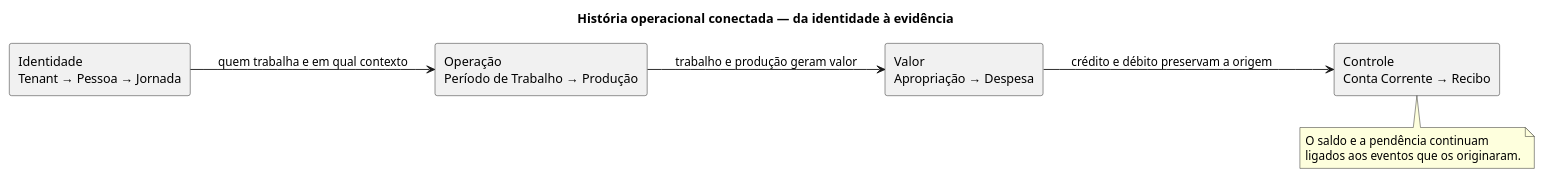
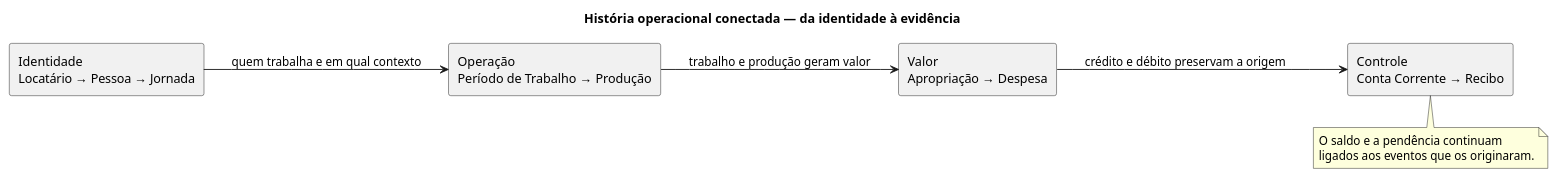
One commit to RodrigoMattosoSilveira/EnterpriseRemoteSystems changed the diagram in docs/uml/demo/03-cadeia-operacional.puml. Above: the diagram before and after it, drawn with PlantUML. The commit also changed 11 other files, not shown here.

```diff
--- a/docs/uml/demo/03-cadeia-operacional.puml
+++ b/docs/uml/demo/03-cadeia-operacional.puml
@@ -1,20 +1,20 @@
 @startuml
 title História operacional conectada — da identidade à evidência
 
 left to right direction
 
-rectangle "Identidade\nTenant → Pessoa → Jornada" as Identidade
+rectangle "Identidade\nLocatário → Pessoa → Jornada" as Identidade
 rectangle "Operação\nPeríodo de Trabalho → Produção" as Operacao
 rectangle "Valor\nApropriação → Despesa" as Valor
 rectangle "Controle\nConta Corrente → Recibo" as Controle
 
 Identidade --> Operacao : quem trabalha e em qual contexto
 Operacao --> Valor : trabalho e produção geram valor
 Valor --> Controle : crédito e débito preservam a origem
 
 note bottom of Controle
 O saldo e a pendência continuam
 ligados aos eventos que os originaram.
 end note
 
 @enduml
```
